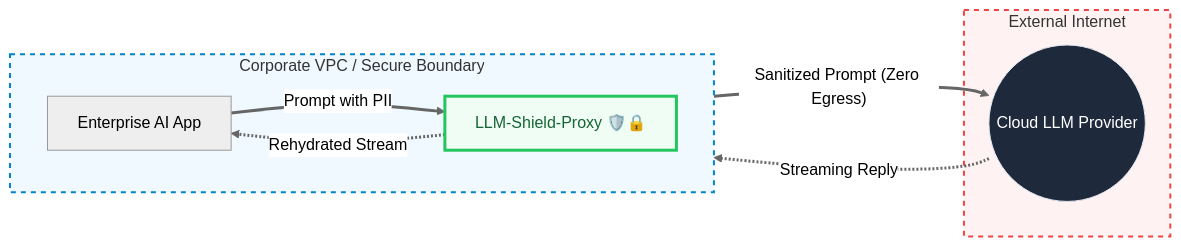
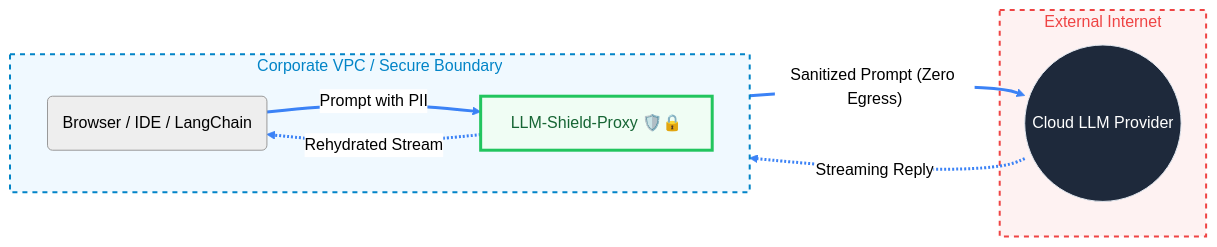
One commit to ninadphalak/LLM-Shield-Proxy changed the first of 3 diagrams in README.md. Above: the diagram before and after it, drawn with Mermaid (neutral theme). The commit also changed other lines of this file, not shown here.

Commit message:
docs: refine README diagram UI and remove duplicates

````diff
--- a/README.md
+++ b/README.md
@@ -19,24 +19,24 @@
 ```mermaid
 flowchart LR
     subgraph VPC [Corporate VPC / Secure Boundary]
         direction LR
-        App[Enterprise AI App]
+        App(Browser / IDE / LangChain)
         Proxy[LLM-Shield-Proxy 🛡️🔒]
         App == "Prompt with PII" ==> Proxy
     end
 
     subgraph Internet [External Internet]
         LLM((Cloud LLM Provider))
     end
 
     Proxy == "Sanitized Prompt (Zero Egress)" ==> LLM
     LLM -. "Streaming Reply" .-> Proxy
     Proxy -. "Rehydrated Stream" .-> App
 
-    linkStyle default stroke-width:3px;
+    linkStyle default stroke:#3b82f6,stroke-width:3px;
 
-    style VPC fill:#f0f9ff,stroke:#0284c7,stroke-width:2px,stroke-dasharray: 5 5
-    style Internet fill:#fef2f2,stroke:#ef4444,stroke-width:2px,stroke-dasharray: 5 5
+    style VPC fill:#f0f9ff,stroke:#0284c7,stroke-width:2px,stroke-dasharray: 5 5,color:#0284c7
+    style Internet fill:#fef2f2,stroke:#ef4444,stroke-width:2px,stroke-dasharray: 5 5,color:#ef4444
     style Proxy fill:#f0fdf4,stroke:#22c55e,stroke-width:3px,color:#166534
     style LLM fill:#1e293b,stroke:#e2e8f0,color:#fff
 ```
````
